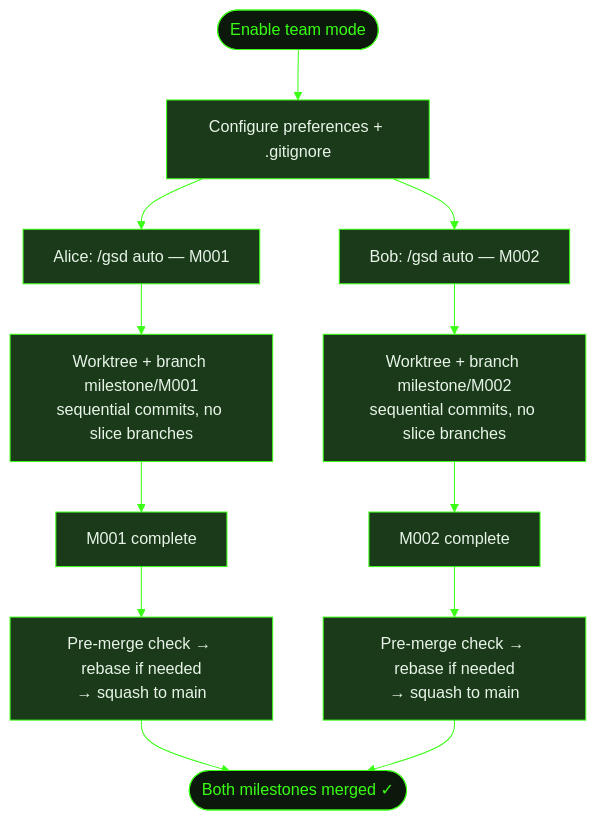
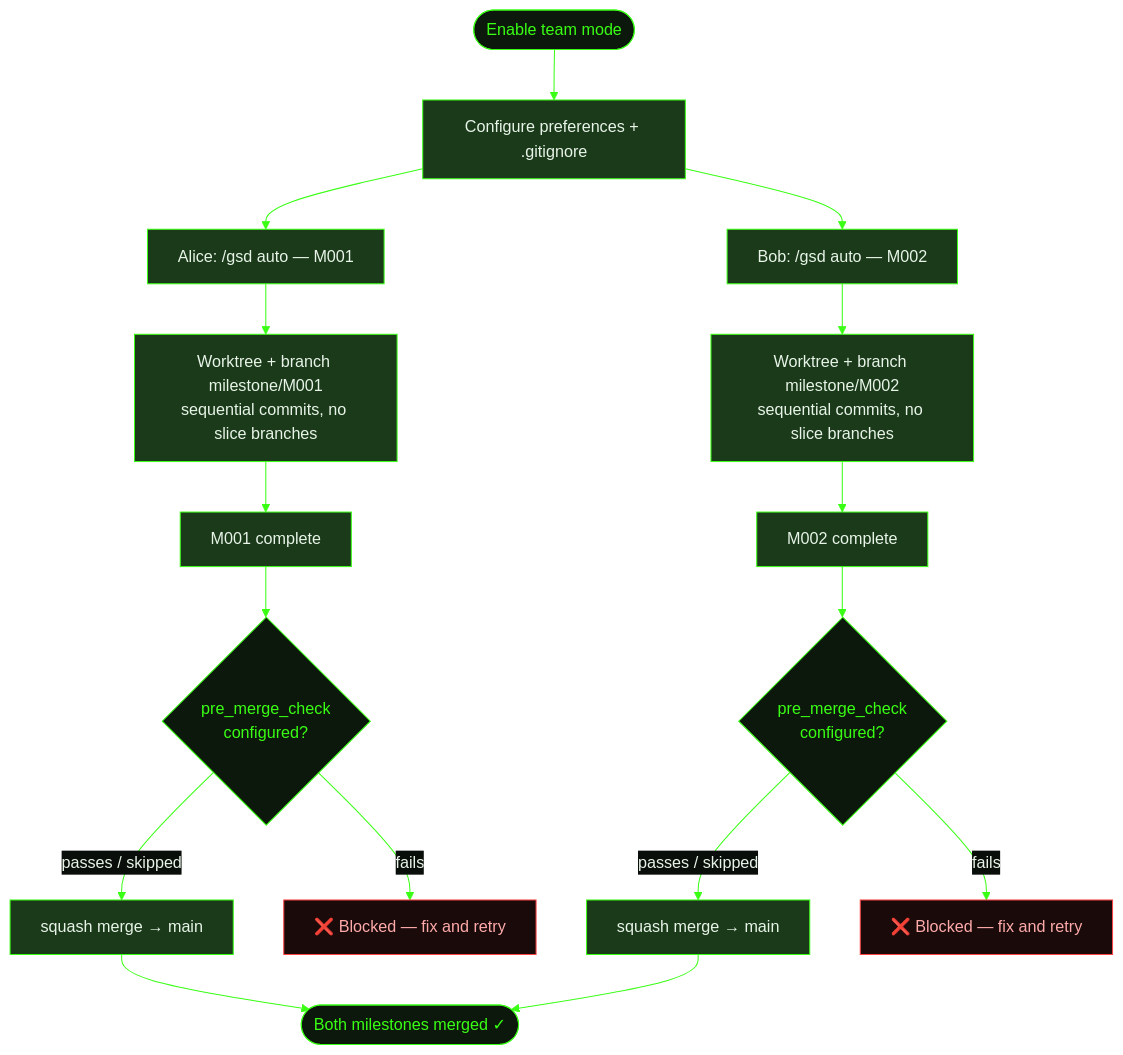
Before and after one commit to shusha-group/gsd2-guide: the diagram in src/content/docs/recipes/working-in-teams.mdx, drawn with Mermaid. The commit also changed other lines of this file and 33 other files, not shown here.

````diff
--- a/src/content/docs/recipes/working-in-teams.mdx
+++ b/src/content/docs/recipes/working-in-teams.mdx
@@ -205,27 +256,35 @@
 ```mermaid
 %%{init: {'theme': 'base', 'themeVariables': {'primaryColor': '#1a3a1a', 'primaryTextColor': '#e8f4e8', 'primaryBorderColor': '#39ff14', 'lineColor': '#39ff14', 'secondaryColor': '#0d180d', 'tertiaryColor': '#0d180d', 'background': '#0a0e0a', 'mainBkg': '#1a3a1a', 'nodeBorder': '#39ff14', 'clusterBkg': '#0d180d', 'titleColor': '#39ff14', 'edgeLabelBackground': '#0a0e0a'}}}%%
 flowchart TD
     Start([Enable team mode]) --> Setup["Configure preferences + .gitignore"]
     Setup --> DevA["Alice: /gsd auto — M001"]
     Setup --> DevB["Bob: /gsd auto — M002"]
     DevA --> WorkA["Worktree + branch milestone/M001\nsequential commits, no slice branches"]
     DevB --> WorkB["Worktree + branch milestone/M002\nsequential commits, no slice branches"]
     WorkA --> CompleteA[M001 complete]
     WorkB --> CompleteB[M002 complete]
-    CompleteA --> MergeA["Pre-merge check → rebase if needed\n→ squash to main"]
-    CompleteB --> MergeB["Pre-merge check → rebase if needed\n→ squash to main"]
+    CompleteA --> CheckA{pre_merge_check\nconfigured?}
+    CompleteB --> CheckB{pre_merge_check\nconfigured?}
+    CheckA -->|passes / skipped| MergeA["squash merge → main"]
+    CheckA -->|fails| BlockA["❌ Blocked — fix and retry"]
+    CheckB -->|passes / skipped| MergeB["squash merge → main"]
+    CheckB -->|fails| BlockB["❌ Blocked — fix and retry"]
     MergeA --> Done([Both milestones merged ✓])
     MergeB --> Done
 
     style Start fill:#0d180d,stroke:#39ff14,color:#39ff14
     style Setup fill:#1a3a1a,stroke:#39ff14,color:#e8f4e8
     style DevA fill:#1a3a1a,stroke:#39ff14,color:#e8f4e8
     style DevB fill:#1a3a1a,stroke:#39ff14,color:#e8f4e8
     style WorkA fill:#1a3a1a,stroke:#39ff14,color:#e8f4e8
     style WorkB fill:#1a3a1a,stroke:#39ff14,color:#e8f4e8
     style CompleteA fill:#1a3a1a,stroke:#39ff14,color:#e8f4e8
     style CompleteB fill:#1a3a1a,stroke:#39ff14,color:#e8f4e8
+    style CheckA fill:#0d180d,stroke:#39ff14,color:#39ff14
+    style CheckB fill:#0d180d,stroke:#39ff14,color:#39ff14
     style MergeA fill:#1a3a1a,stroke:#39ff14,color:#e8f4e8
     style MergeB fill:#1a3a1a,stroke:#39ff14,color:#e8f4e8
+    style BlockA fill:#1a0a0a,stroke:#ff4444,color:#ffaaaa
+    style BlockB fill:#1a0a0a,stroke:#ff4444,color:#ffaaaa
     style Done fill:#0d180d,stroke:#39ff14,color:#39ff14
 ```
````
